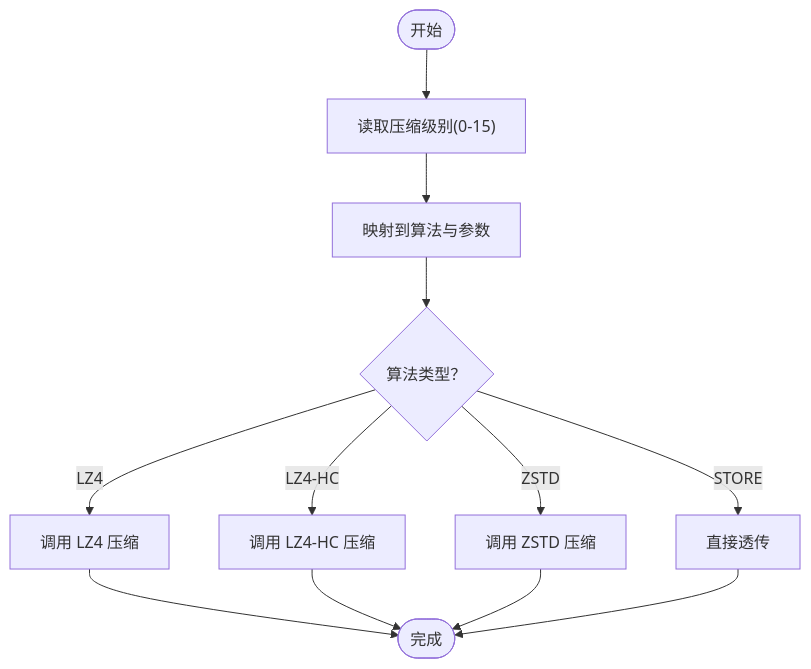
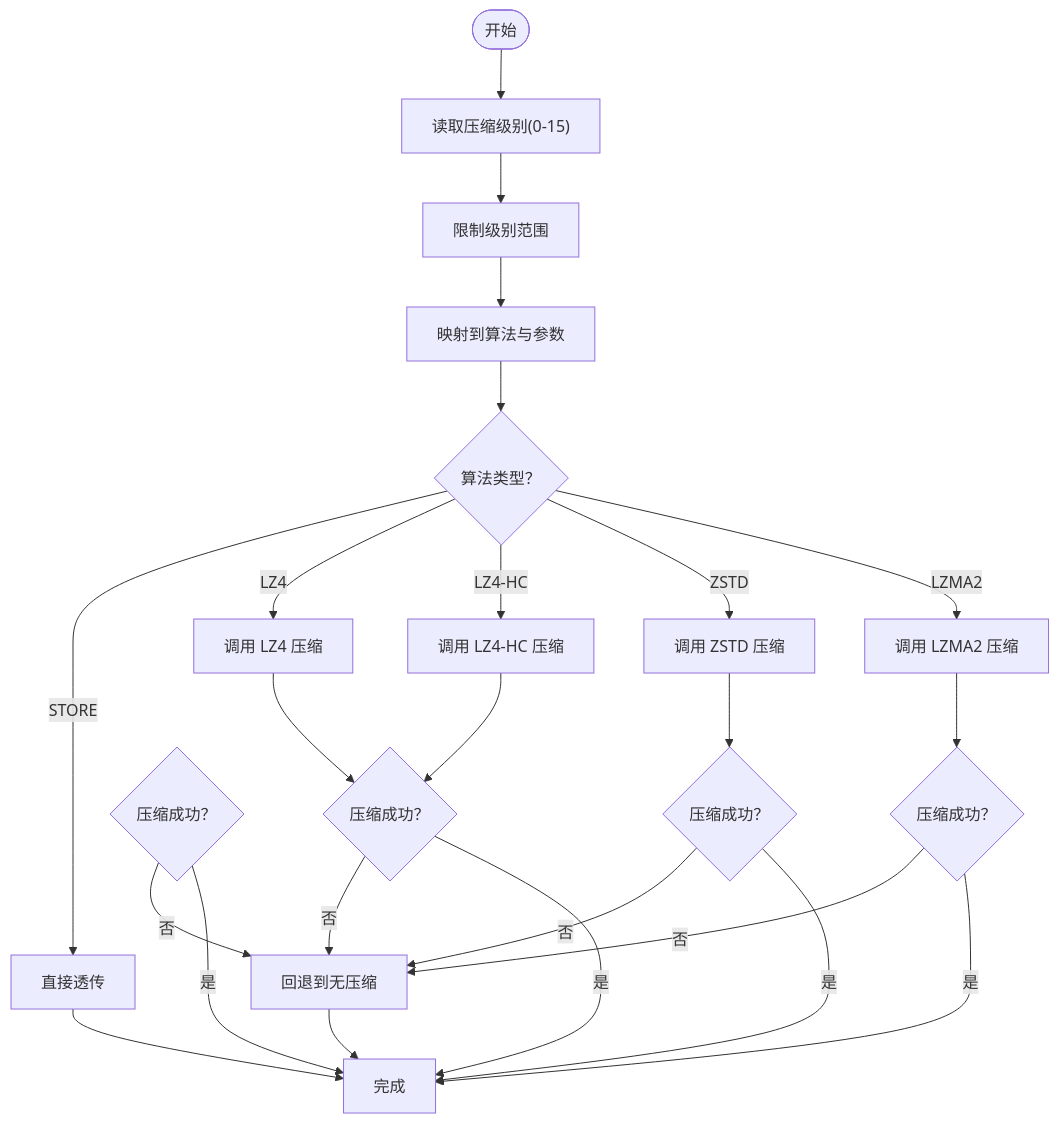
One commit to xywhsoft/xpack changed the second of 5 diagrams in .qoder/repowiki/zh/content/压缩算法集成/压缩算法集成.md. Above: the diagram before and after it, drawn with Mermaid. The commit also changed other lines of this file and 23 other files, not shown here.

````diff
--- a/.qoder/repowiki/zh/content/压缩算法集成/压缩算法集成.md
+++ b/.qoder/repowiki/zh/content/压缩算法集成/压缩算法集成.md
@@ -101,14 +118,27 @@
 ```mermaid
 flowchart TD
 Start(["开始"]) --> ReadLevel["读取压缩级别(0-15)"]
-ReadLevel --> Map["映射到算法与参数"]
+ReadLevel --> Limit["限制级别范围"]
+Limit --> Map["映射到算法与参数"]
 Map --> Choose{"算法类型？"}
 Choose --> |STORE| NoComp["直接透传"]
 Choose --> |LZ4| LZ4Comp["调用 LZ4 压缩"]
 Choose --> |LZ4-HC| LZ4HCComp["调用 LZ4-HC 压缩"]
 Choose --> |ZSTD| ZSTDComp["调用 ZSTD 压缩"]
-LZ4Comp --> Done(["完成"])
-LZ4HCComp --> Done
-ZSTDComp --> Done
+Choose --> |LZMA2| LZMA2Comp["调用 LZMA2 压缩"]
+LZ4Comp --> CheckFail{"压缩成功？"}
+CheckFail --> |否| Fallback["回退到无压缩"]
+CheckFail --> |是| Done["完成"]
+LZ4HCComp --> CheckFail
+CheckFail2{"压缩成功？"}
+CheckFail2 --> |否| Fallback
+CheckFail2 --> |是| Done
+ZSTDComp --> CheckFail3{"压缩成功？"}
+CheckFail3 --> |否| Fallback
+CheckFail3 --> |是| Done
+LZMA2Comp --> CheckFail4{"压缩成功？"}
+CheckFail4 --> |否| Fallback
+CheckFail4 --> |是| Done
+Fallback --> Done
 NoComp --> Done
 ```
````
